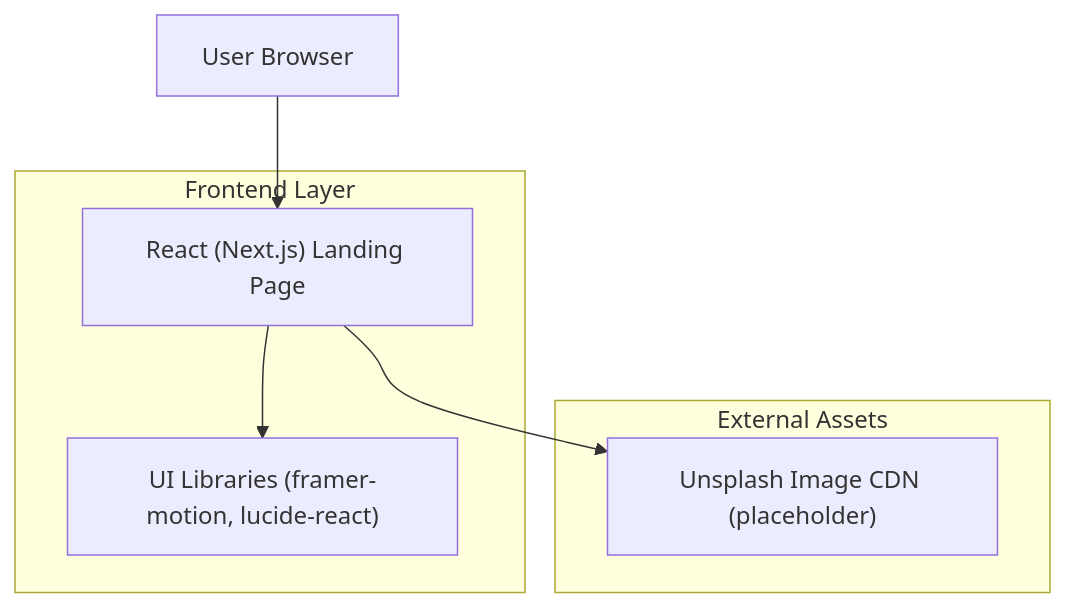
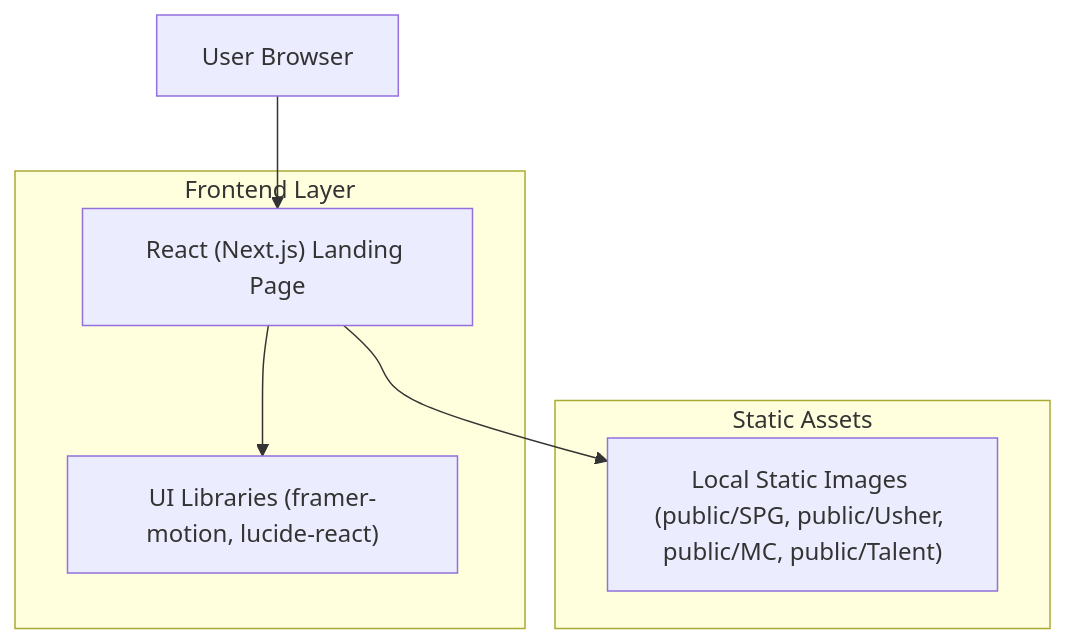
One commit to wira-works-3/TraceAgency changed the diagram in .trae/documents/trace-agency-technical-architecture.md. Above: the diagram before and after it, drawn with Mermaid. The commit also changed other lines of this file and 31 other files, not shown here.

````diff
--- a/.trae/documents/trace-agency-technical-architecture.md
+++ b/.trae/documents/trace-agency-technical-architecture.md
@@ -2,15 +2,15 @@
 ```mermaid
 graph TD
   A["User Browser"] --> B["React (Next.js) Landing Page"]
   B --> C["UI Libraries (framer-motion, lucide-react)"]
-  B --> D["Unsplash Image CDN (placeholder)"]
+  B --> D["Local Static Images (public/SPG, public/Usher, public/MC, public/Talent)"]
 
   subgraph "Frontend Layer"
     B
     C
   end
 
-  subgraph "External Assets"
+  subgraph "Static Assets"
     D
   end
 ```
````
